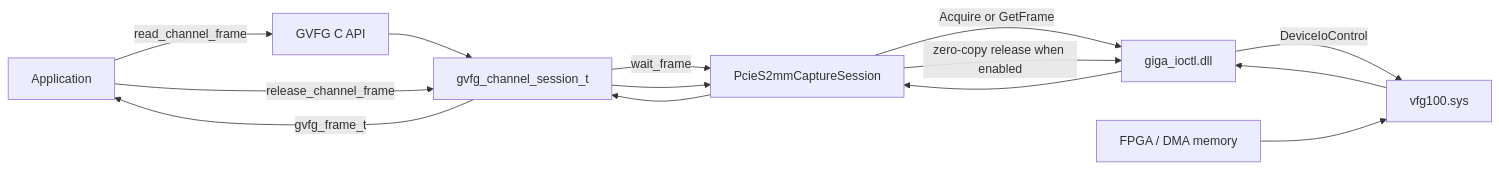
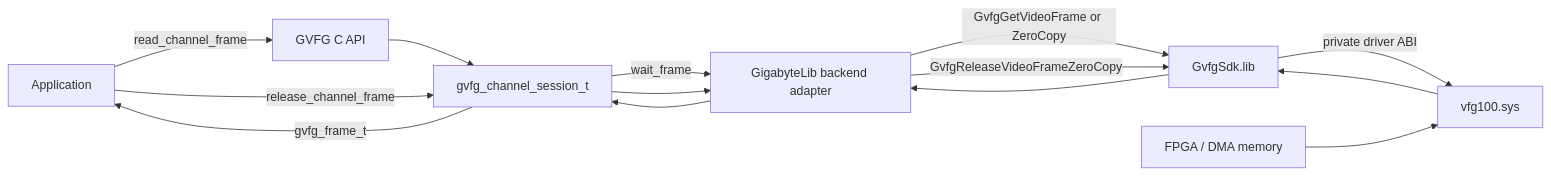
One commit to MarquezLin/GVFG_Standalone changed the first of 3 diagrams in docs/GVFG_FRAME_FLOW_AND_STATE.md. Above: the diagram before and after it, drawn with Mermaid. The commit also changed other lines of this file and 33 other files, not shown here.

First line of the commit message:
Replace the legacy backend with GigabyteLib

````diff
--- a/docs/GVFG_FRAME_FLOW_AND_STATE.md
+++ b/docs/GVFG_FRAME_FLOW_AND_STATE.md
@@ -7,24 +7,24 @@
 ```mermaid
 flowchart LR
     APP[Application]
     API[GVFG C API]
     CH[gvfg_channel_session_t]
-    BE[PcieS2mmCaptureSession]
-    IO[giga_ioctl.dll]
+    BE[GigabyteLib backend adapter]
+    IO[GvfgSdk.lib]
     DRV[vfg100.sys]
     DMA[FPGA / DMA memory]
 
     APP -->|read_channel_frame| API
     API --> CH
     CH -->|wait_frame| BE
-    BE -->|Acquire or GetFrame| IO
-    IO -->|DeviceIoControl| DRV
+    BE -->|GvfgGetVideoFrame or ZeroCopy| IO
+    IO -->|private driver ABI| DRV
     DMA --> DRV
     DRV --> IO
     IO --> BE
     BE --> CH
     CH -->|gvfg_frame_t| APP
     APP -->|release_channel_frame| CH
     CH --> BE
-    BE -->|zero-copy release when enabled| IO
+    BE -->|GvfgReleaseVideoFrameZeroCopy| IO
 ```
````
